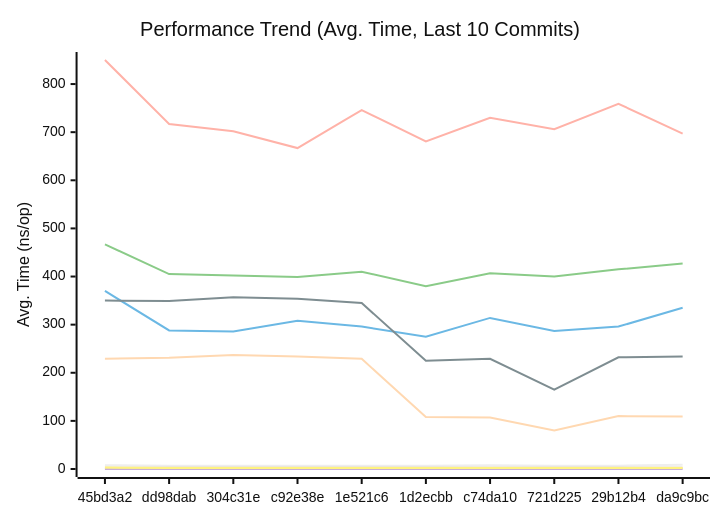
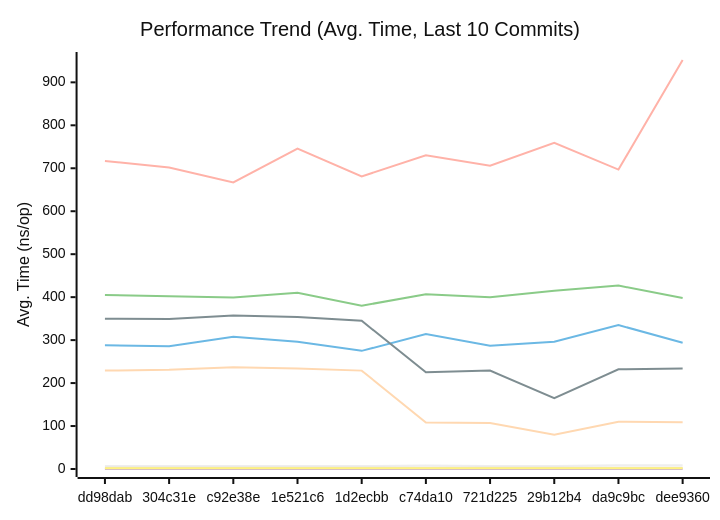
The first of 3 diagrams in docs/PERFORMANCE.md (alsotoes/momo), drawn with Mermaid (neutral theme) before and after one commit. The commit also changed other lines of this file and 3 other files, not shown here.

````diff
--- a/docs/PERFORMANCE.md
+++ b/docs/PERFORMANCE.md
@@ -80,16 +80,16 @@
 ```mermaid
 xychart-beta
     title "Performance Trend (Avg. Time, Last 10 Commits)"
     x-axis "Commit"
     y-axis "Avg. Time (ns/op)"
-    x-axis [45bd3a2,dd98dab,304c31e,c92e38e,1e521c6,1d2ecbb,c74da10,721d225,29b12b4,da9c9bc]
-    line "CheckMetricsAndSwap" [8,7,7,7,7,7,8,7,7,9]
-    line "CrushOptimized" [370,288,286,308,296,275,314,287,296,335]
-    line "CrushOriginal" [467,405,402,399,410,380,407,400,415,427]
+    x-axis [dd98dab,304c31e,c92e38e,1e521c6,1d2ecbb,c74da10,721d225,29b12b4,da9c9bc,dee9360]
+    line "CheckMetricsAndSwap" [7,7,7,7,7,8,7,7,9,9]
+    line "CrushOptimized" [288,286,308,296,275,314,287,296,335,294]
+    line "CrushOriginal" [405,402,399,410,380,407,400,415,427,398]
     line "IndexDirectTracking" [0,0,0,0,0,0,0,0,0,0]
     line "IndexSearch" [3,3,3,3,3,3,3,3,3,3]
-    line "LoadGlobalConfig" [850,717,702,667,746,681,730,706,759,697]
-    line "PadString" [3,2,2,2,2,2,2,2,2,2]
+    line "LoadGlobalConfig" [717,702,667,746,681,730,706,759,697,952]
+    line "PadString" [2,2,2,2,2,2,2,2,2,2]
     line "ParseReplicationOrder_NoPrealloc" [350,349,357,354,345,225,229,165,232,234]
     line "ParseReplicationOrder_Prealloc" [229,231,237,234,229,108,107,80,110,109]
 ```
````
